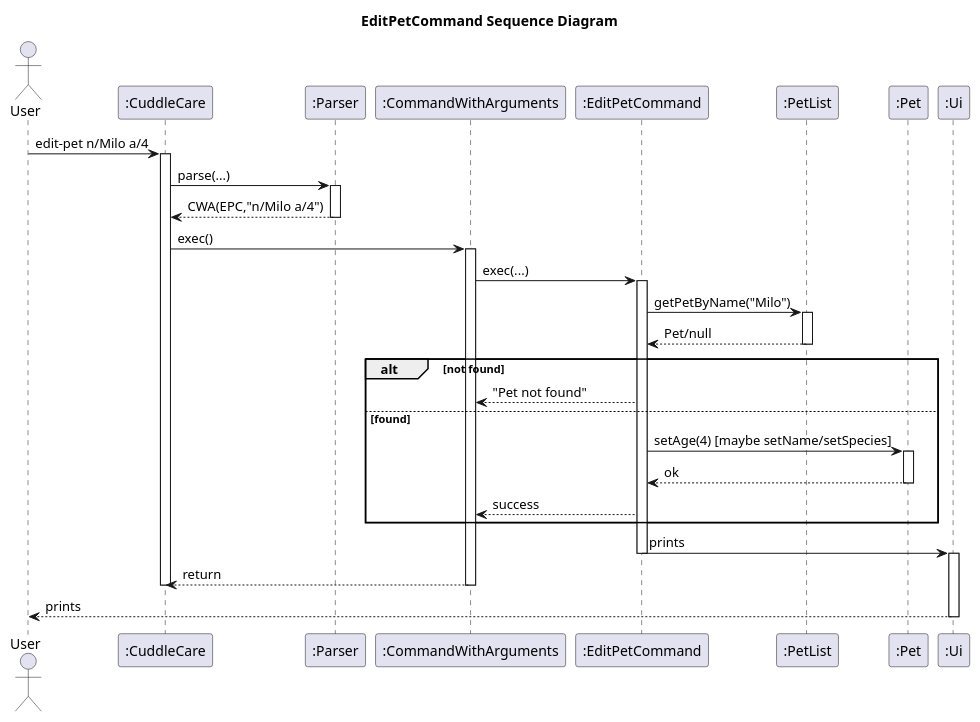
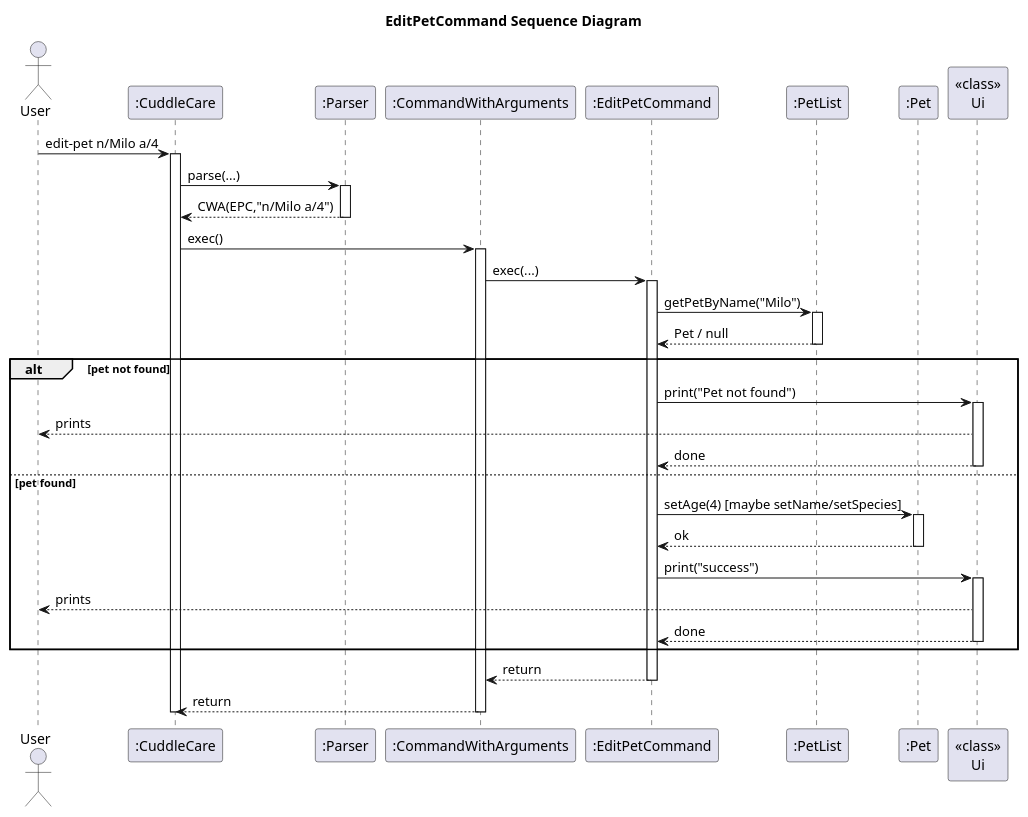
One commit to Kevin88866/tp changed the diagram in docs/uml/EditPetCommand_Sequence_Diagram.puml. Above: the diagram before and after it, drawn with PlantUML. The commit also changed 12 other files, not shown here.

First line of the commit message:
modify code and sequence diagram

```diff
--- a/docs/uml/EditPetCommand_Sequence_Diagram.puml
+++ b/docs/uml/EditPetCommand_Sequence_Diagram.puml
@@ -1,46 +1,51 @@
 @startuml
 title EditPetCommand Sequence Diagram
 actor User
 participant ":CuddleCare" as CuddleCare
 participant ":Parser" as Parser
 participant ":CommandWithArguments" as CWA
 participant ":EditPetCommand" as EPC
 participant ":PetList" as PetList
 participant ":Pet" as Pet
-participant ":Ui" as Ui
+participant "<<class>>\nUi" as Ui
 
 User -> CuddleCare : edit-pet n/Milo a/4
 activate CuddleCare
 CuddleCare -> Parser : parse(...)
 activate Parser
 Parser --> CuddleCare : CWA(EPC,"n/Milo a/4")
 deactivate Parser
 
 CuddleCare -> CWA : exec()
 activate CWA
 CWA -> EPC : exec(...)
 activate EPC
 EPC -> PetList : getPetByName("Milo")
 activate PetList
-PetList --> EPC : Pet/null
+PetList --> EPC : Pet / null
 deactivate PetList
 
-alt not found
-  EPC --> CWA : "Pet not found"
-else found
+alt pet not found
+  EPC -> Ui : print("Pet not found")
+  activate Ui
+  Ui --> User : prints
+  Ui --> EPC : done
+  deactivate Ui
+else pet found
   EPC -> Pet : setAge(4) [maybe setName/setSpecies]
   activate Pet
   Pet --> EPC : ok
   deactivate Pet
-  EPC --> CWA : success
+  EPC -> Ui : print("success")
+  activate Ui
+  Ui --> User : prints
+  Ui --> EPC : done
+  deactivate Ui
 end
-  EPC -> Ui : prints
+
+EPC --> CWA : return
 deactivate EPC
-activate Ui
 CWA --> CuddleCare : return
 deactivate CWA
 deactivate CuddleCare
-Ui --> User : prints
-deactivate Ui
-
 @enduml
```
